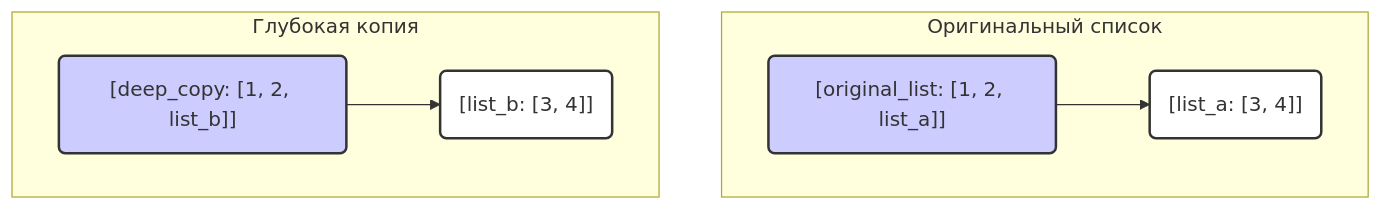
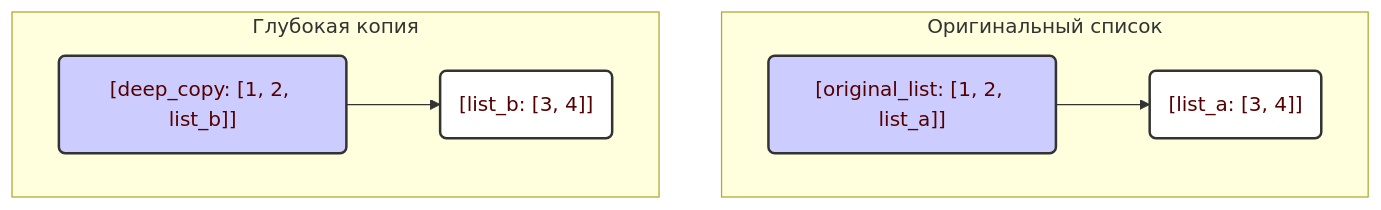
One commit to hypo69/hypo changed the second of 2 diagrams in src/endpoints/ai_games/101_basic_computer_games/ru/cheаt_sheets/copy.md. Above: the diagram before and after it, drawn with Mermaid. The commit also changed other lines of this file and 178 other files, not shown here.

````diff
--- a/src/endpoints/ai_games/101_basic_computer_games/ru/cheаt_sheets/copy.md
+++ b/src/endpoints/ai_games/101_basic_computer_games/ru/cheаt_sheets/copy.md
@@ -93,18 +93,19 @@
 ```mermaid
 graph TD
     subgraph Оригинальный список
         originalList("[original_list: [1, 2, list_a]]")
          list_a("[list_a: [3, 4]]")
         originalList --> list_a
     end
     subgraph Глубокая копия
         deepCopy("[deep_copy: [1, 2, list_b]]")
          list_b("[list_b: [3, 4]]")
         deepCopy --> list_b
     end
     
-    style originalList fill:#ccf,stroke:#333,stroke-width:2px
-    style deepCopy fill:#ccf,stroke:#333,stroke-width:2px
-    style list_a fill:#fff,stroke:#333,stroke-width:2px
-    style list_b fill:#fff,stroke:#333,stroke-width:2px
+    style originalList fill:#ccf,stroke:#333,stroke-width:2px,color:#550000
+    style deepCopy fill:#ccf,stroke:#333,stroke-width:2px,color:#550000
+    style list_a fill:#fff,stroke:#333,stroke-width:2px,color:#550000
+    style list_b fill:#fff,stroke:#333,stroke-width:2px,color:#550000
+
 ```
````
